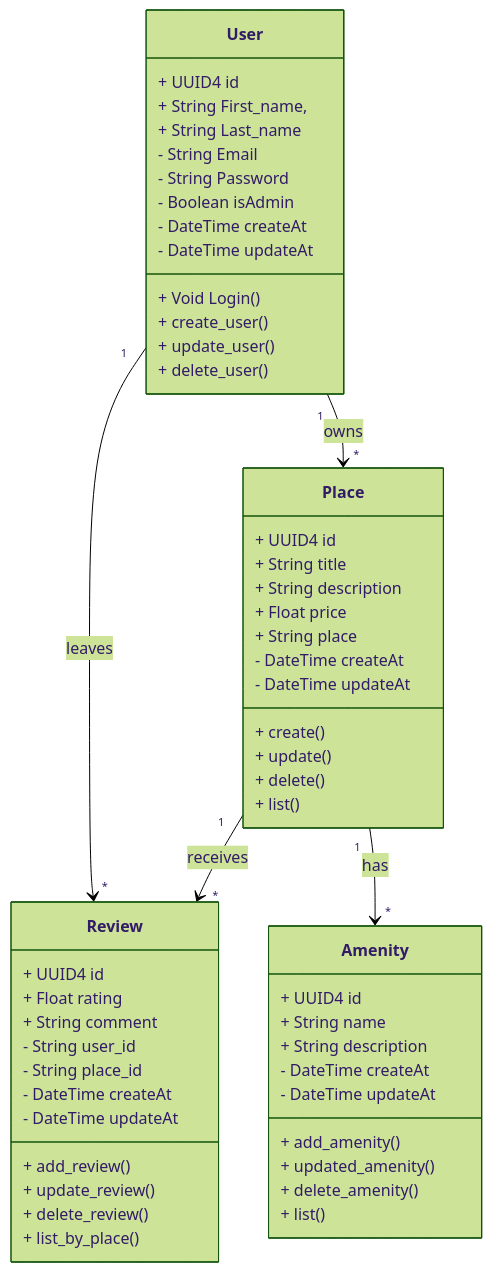
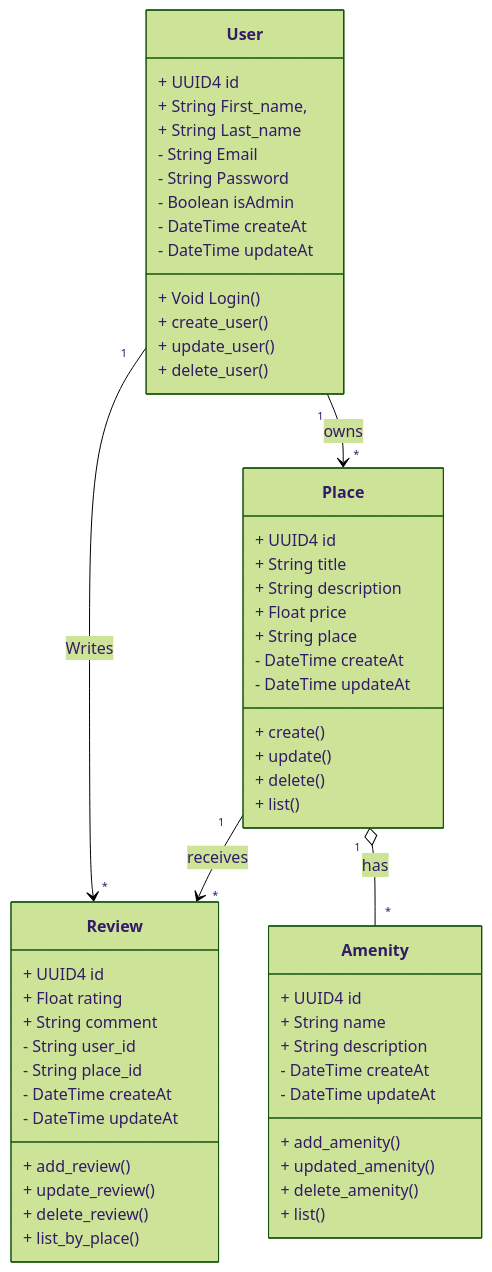
One commit to GuillaumeFarina/holbertonschool-hbnb changed the diagram in part1/task_1/uml_1.mermaid. Above: the diagram before and after it, drawn with Mermaid (forest theme).

Commit message:
Change for agregation and relation between User and Review

```diff
--- a/part1/task_1/uml_1.mermaid
+++ b/part1/task_1/uml_1.mermaid
@@ -1,64 +1,64 @@
 classDiagram
   class User {
     + UUID4 id
     + String First_name,
     + String Last_name
     - String Email
     - String Password
     - Boolean isAdmin
     - DateTime createAt
     - DateTime updateAt
 
     + Void Login()
     + create_user()
     + update_user()
     + delete_user()
   }
 
   class Place  {
     + UUID4 id
     + String title
     + String description
     + Float price
     + String place
     - DateTime createAt
     - DateTime updateAt
 
     + create()
     + update()
     + delete()
     + list()
   }
 
   class Review {
     + UUID4 id
     + Float rating
     + String comment
     - String user_id
     - String place_id
     - DateTime createAt
     - DateTime updateAt
 
     + add_review()
     + update_review()
     + delete_review()
     + list_by_place()
   }
 
   class Amenity  {
     + UUID4 id
     + String name
     + String description
     - DateTime createAt
     - DateTime updateAt
 
     + add_amenity()
     + updated_amenity()
     + delete_amenity()
     + list()
   }
 
     User "1" --> "*" Place : owns
-    User "1" --> "*" Review : leaves
+    User "1" --> "*" Review : Writes
     Place "1" --> "*" Review : receives
-    Place "1" --> "*" Amenity : has
+    Place "1" o-- "*" Amenity : has
```
